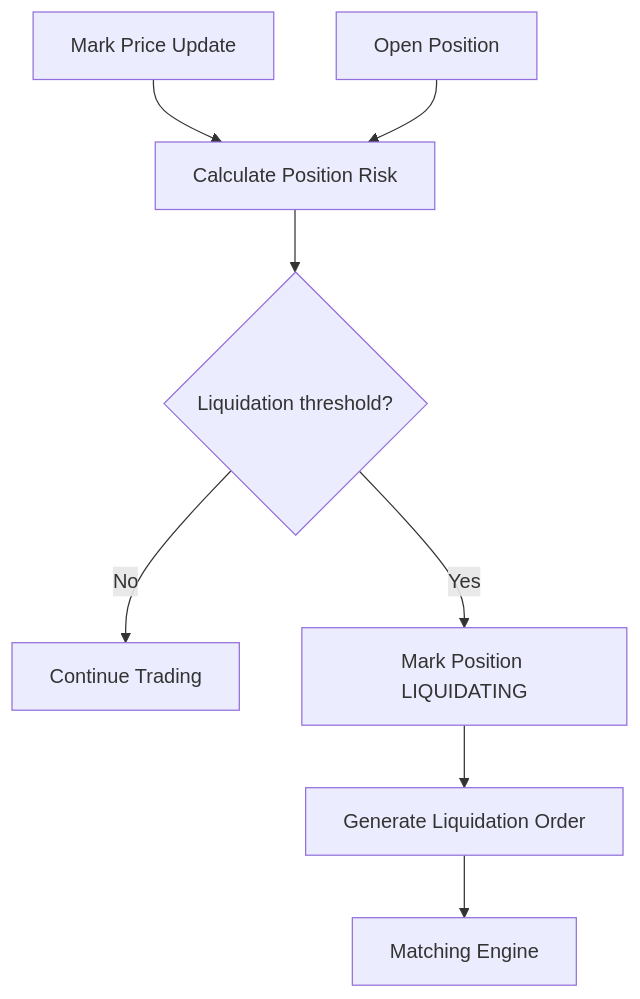
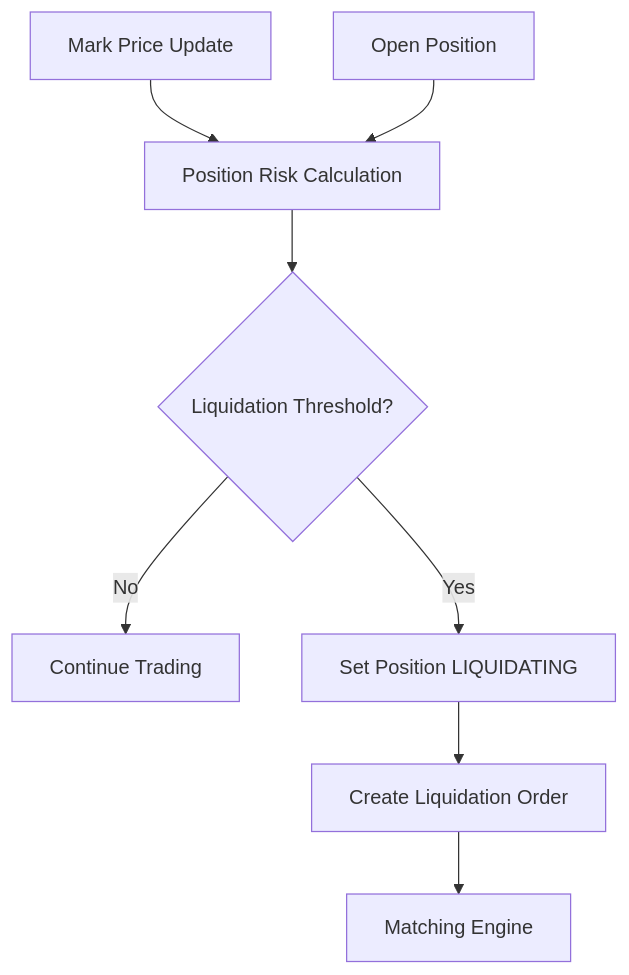
The fourth of 8 diagrams in README.md (MANI-116/PERP), drawn with Mermaid before and after one commit. The commit also changed other lines of this file, not shown here.

Commit message:
docs: add PerpX system architecture image

````diff
--- a/README.md
+++ b/README.md
@@ -233,10 +163,10 @@
 ```mermaid
 flowchart TB
-    PRICE["Mark Price Update"] --> RISK["Calculate Position Risk"]
-    POS["Open Position"] --> RISK
-    RISK --> CHECK{"Liquidation threshold?"}
-    CHECK -->|No| SAFE["Continue Trading"]
-    CHECK -->|Yes| STATE["Mark Position LIQUIDATING"]
-    STATE --> ORDER["Generate Liquidation Order"]
-    ORDER --> ENGINE["Matching Engine"]
+    PRICE[Mark Price Update] --> RISK[Position Risk Calculation]
+    POSITION[Open Position] --> RISK
+    RISK --> CHECK{Liquidation Threshold?}
+    CHECK -->|No| CONTINUE[Continue Trading]
+    CHECK -->|Yes| STATE[Set Position LIQUIDATING]
+    STATE --> ORDER[Create Liquidation Order]
+    ORDER --> ENGINE[Matching Engine]
 ```
````
